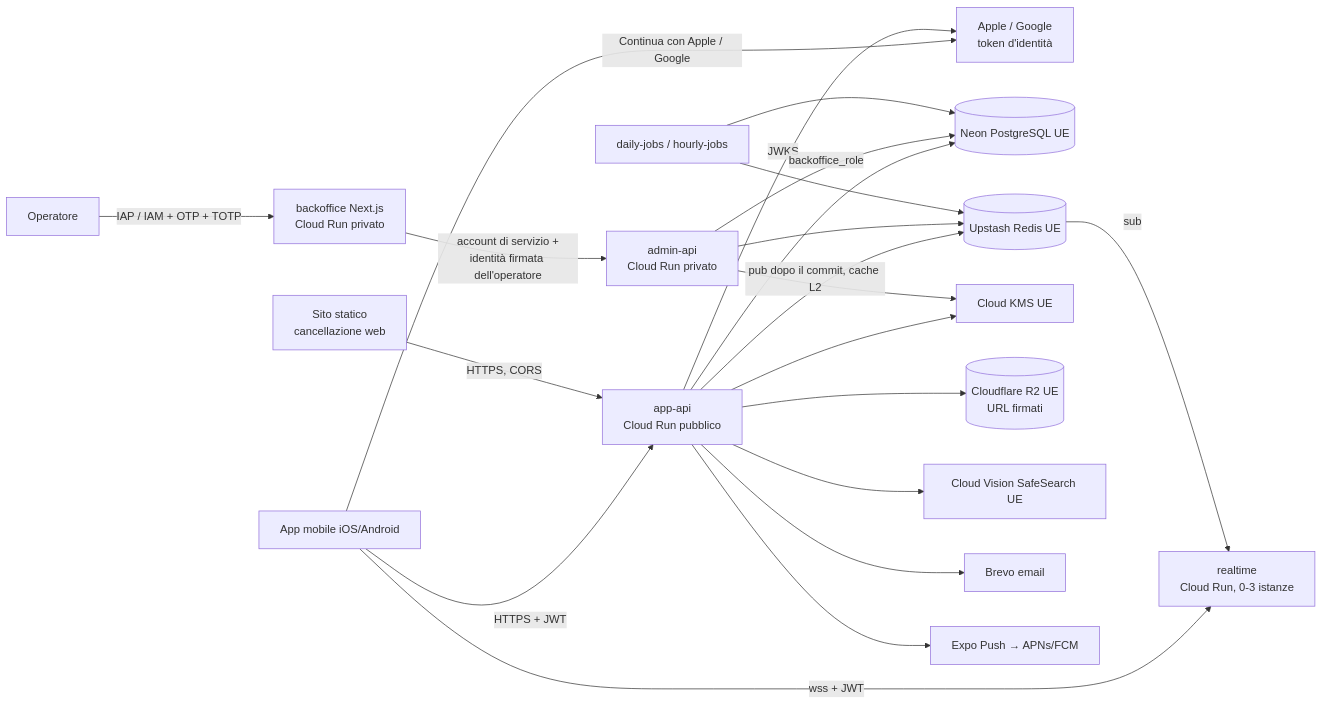
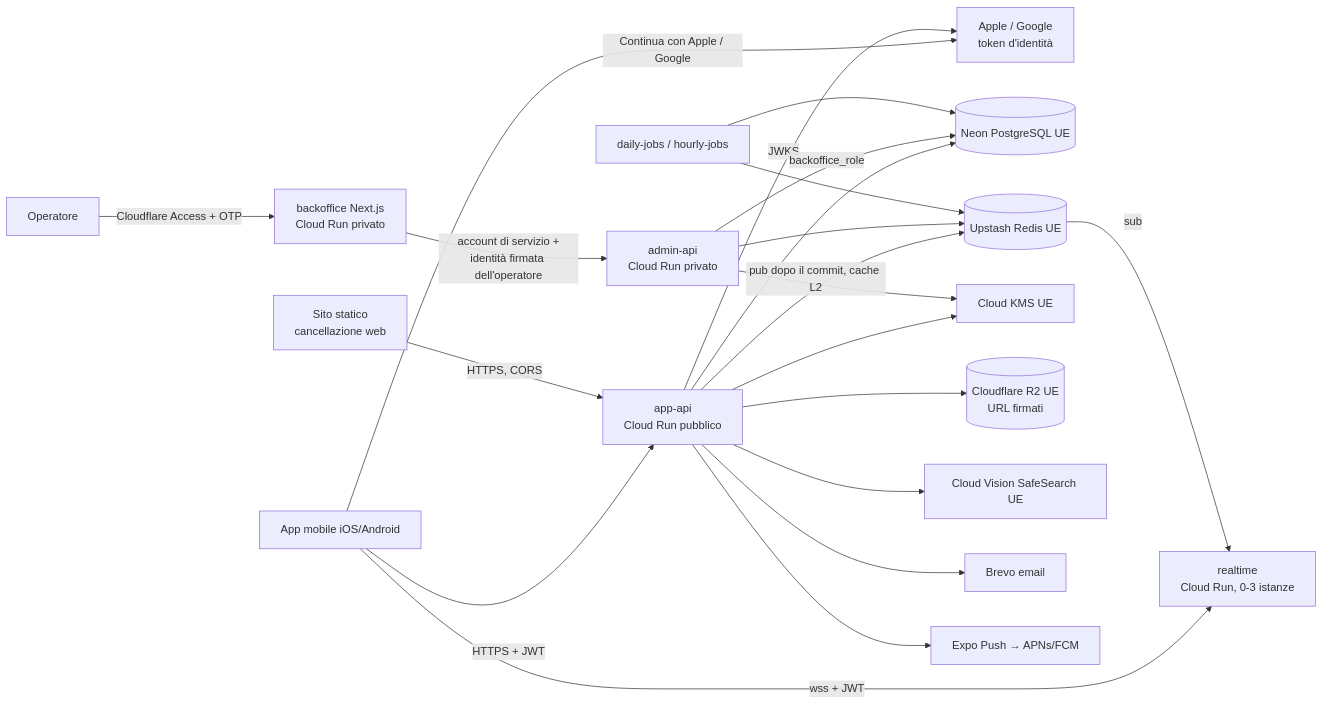
The diagram in README.md (andreacattaneo23/swipe-and-slide-api), drawn with Mermaid before and after one commit. The commit also changed other lines of this file and 300 other files, not shown here.

````diff
--- a/README.md
+++ b/README.md
@@ -74,23 +74,23 @@
 ```mermaid
 flowchart LR
   App[App mobile iOS/Android] -->|HTTPS + JWT| API[app-api<br/>Cloud Run pubblico]
   App -->|wss + JWT| RT[realtime<br/>Cloud Run, 0-3 istanze]
   App -->|Continua con Apple / Google| IDP[Apple / Google<br/>token d'identità]
   API -->|JWKS| IDP
   Web[Sito statico<br/>cancellazione web] -->|HTTPS, CORS| API
-  Op[Operatore] -->|IAP / IAM + OTP + TOTP| BO[backoffice Next.js<br/>Cloud Run privato]
+  Op[Operatore] -->|Cloudflare Access + OTP| BO[backoffice Next.js<br/>Cloud Run privato]
   BO -->|account di servizio +<br/>identità firmata dell'operatore| ADM[admin-api<br/>Cloud Run privato]
   API --> DB[(Neon PostgreSQL UE)]
   ADM -->|backoffice_role| DB
   JOBS[daily-jobs / hourly-jobs] --> DB
   API -->|pub dopo il commit, cache L2| R[(Upstash Redis UE)]
   ADM --> R
   JOBS --> R
   R -->|sub| RT
   API --> KMS[Cloud KMS UE]
   ADM --> KMS
   API --> R2[(Cloudflare R2 UE<br/>URL firmati)]
   API --> VIS[Cloud Vision SafeSearch UE]
   API --> BREVO[Brevo email]
   API --> PUSH[Expo Push → APNs/FCM]
 ```
````
